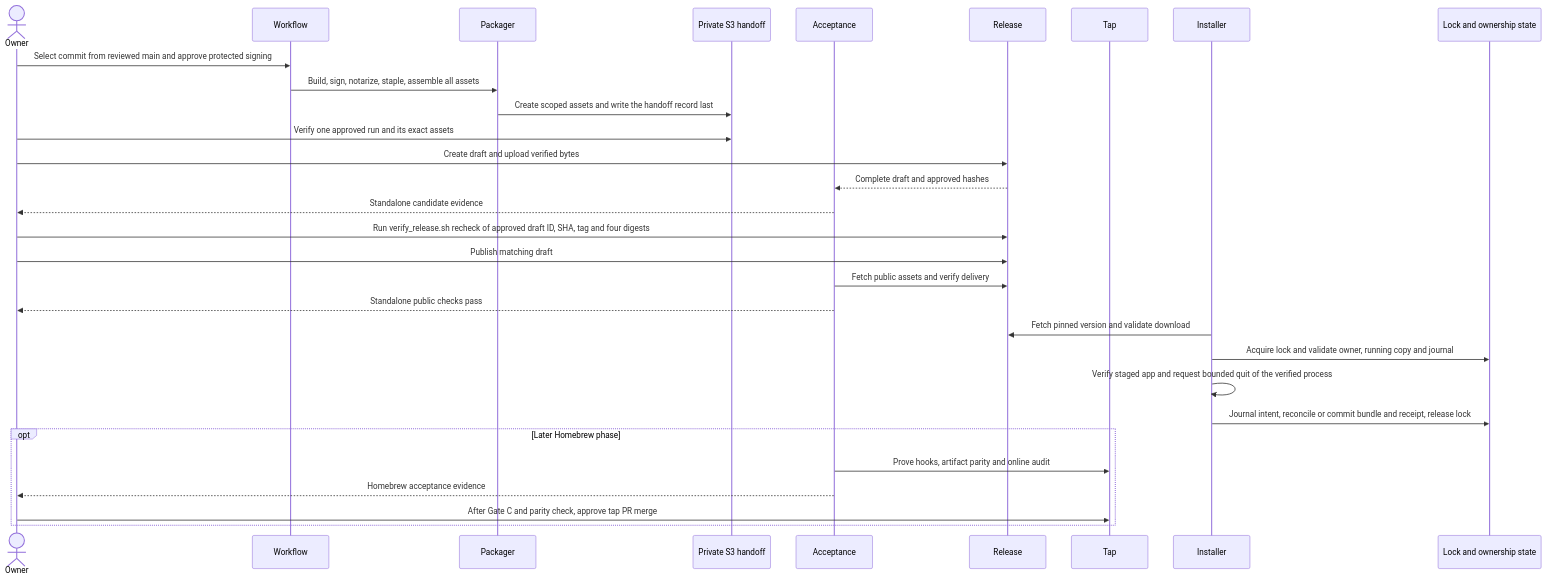
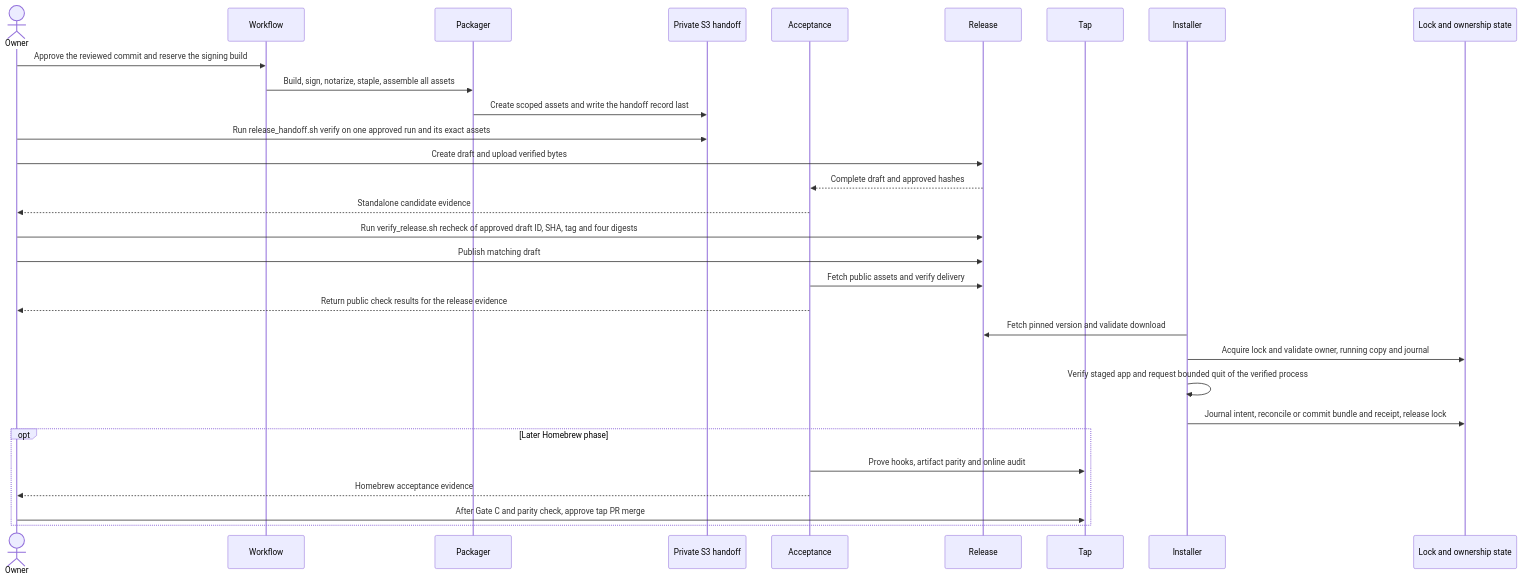
Before and after one commit to pipecat-ai/pipecat-service-toolbar: the second of 2 diagrams in docs/plans/20261117-feature-app-distribution.md, drawn with Mermaid. The commit also changed other lines of this file, not shown here.

````diff
--- a/docs/plans/20261117-feature-app-distribution.md
+++ b/docs/plans/20261117-feature-app-distribution.md
@@ -610,32 +857,32 @@
 ```mermaid
 sequenceDiagram
     actor Owner
     participant Workflow
     participant Packager
     participant Store as Private S3 handoff
     participant Acceptance
     participant Release
     participant Tap
     participant Installer
     participant State as Lock and ownership state
-    Owner->>Workflow: Select commit from reviewed main and approve protected signing
+    Owner->>Workflow: Approve the reviewed commit and reserve the signing build
     Workflow->>Packager: Build, sign, notarize, staple, assemble all assets
     Packager->>Store: Create scoped assets and write the handoff record last
-    Owner->>Store: Verify one approved run and its exact assets
+    Owner->>Store: Run release_handoff.sh verify on one approved run and its exact assets
     Owner->>Release: Create draft and upload verified bytes
     Release-->>Acceptance: Complete draft and approved hashes
     Acceptance-->>Owner: Standalone candidate evidence
     Owner->>Release: Run verify_release.sh recheck of approved draft ID, SHA, tag and four digests
     Owner->>Release: Publish matching draft
     Acceptance->>Release: Fetch public assets and verify delivery
-    Acceptance-->>Owner: Standalone public checks pass
+    Acceptance-->>Owner: Return public check results for the release evidence
     Installer->>Release: Fetch pinned version and validate download
     Installer->>State: Acquire lock and validate owner, running copy and journal
     Installer->>Installer: Verify staged app and request bounded quit of the verified process
     Installer->>State: Journal intent, reconcile or commit bundle and receipt, release lock
     opt Later Homebrew phase
         Acceptance->>Tap: Prove hooks, artifact parity and online audit
         Acceptance-->>Owner: Homebrew acceptance evidence
         Owner->>Tap: After Gate C and parity check, approve tap PR merge
     end
 ```
````
